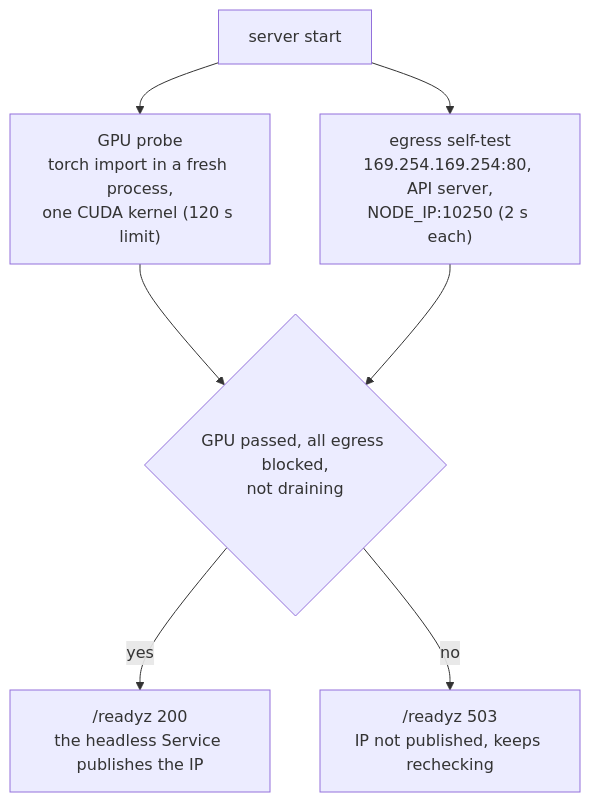
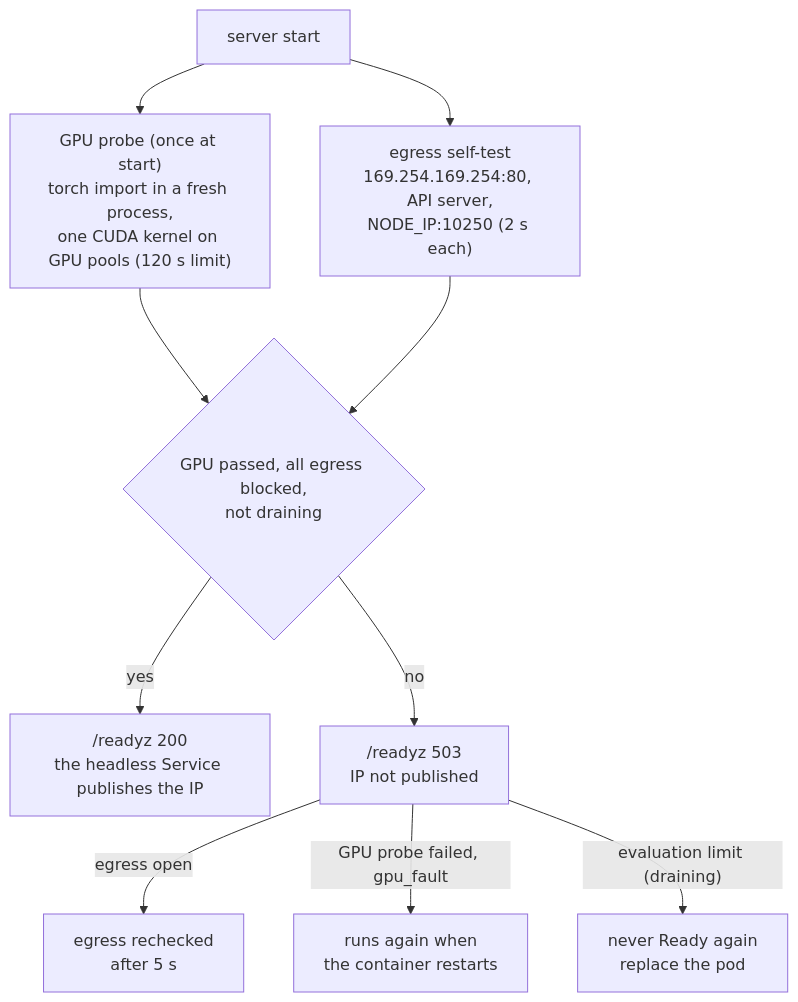
One commit to daekeun-ml/gpu-sandbox-on-aws changed the second of 2 diagrams in docs/handson/04_sandbox_pools.en.md. Above: the diagram before and after it, drawn with Mermaid. The commit also changed other lines of this file and 171 other files, not shown here.

````diff
--- a/docs/handson/04_sandbox_pools.en.md
+++ b/docs/handson/04_sandbox_pools.en.md
@@ -195,9 +207,12 @@
 ```mermaid
 flowchart TD
-    A["server start"] --> B["GPU probe<br/>torch import in a fresh process,<br/>one CUDA kernel (120 s limit)"]
+    A["server start"] --> B["GPU probe (once at start)<br/>torch import in a fresh process,<br/>one CUDA kernel on GPU pools (120 s limit)"]
     A --> C["egress self-test<br/>169.254.169.254:80, API server,<br/>NODE_IP:10250 (2 s each)"]
     B --> D{"GPU passed, all egress blocked,<br/>not draining"}
     C --> D
     D -->|"yes"| E["/readyz 200<br/>the headless Service publishes the IP"]
-    D -->|"no"| F["/readyz 503<br/>IP not published, keeps rechecking"]
+    D -->|"no"| F["/readyz 503<br/>IP not published"]
+    F -->|"egress open"| G["egress rechecked<br/>after 5 s"]
+    F -->|"GPU probe failed, gpu_fault"| H["runs again when<br/>the container restarts"]
+    F -->|"evaluation limit (draining)"| I["never Ready again<br/>replace the pod"]
 ```
````
